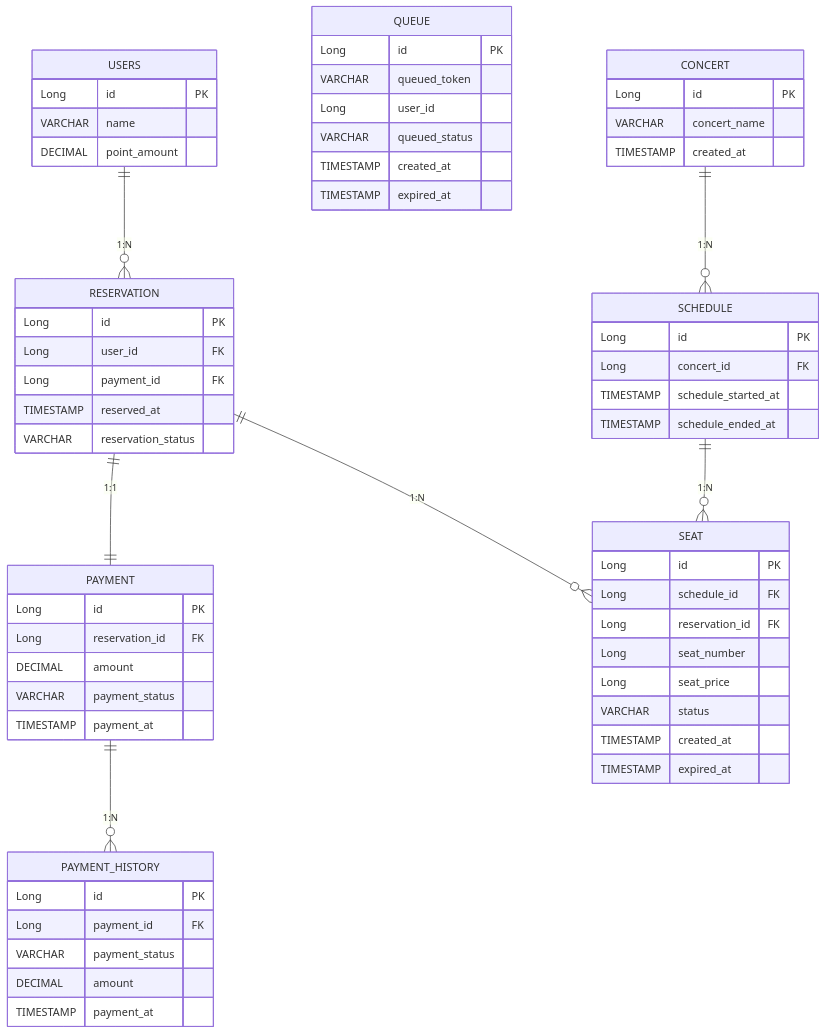
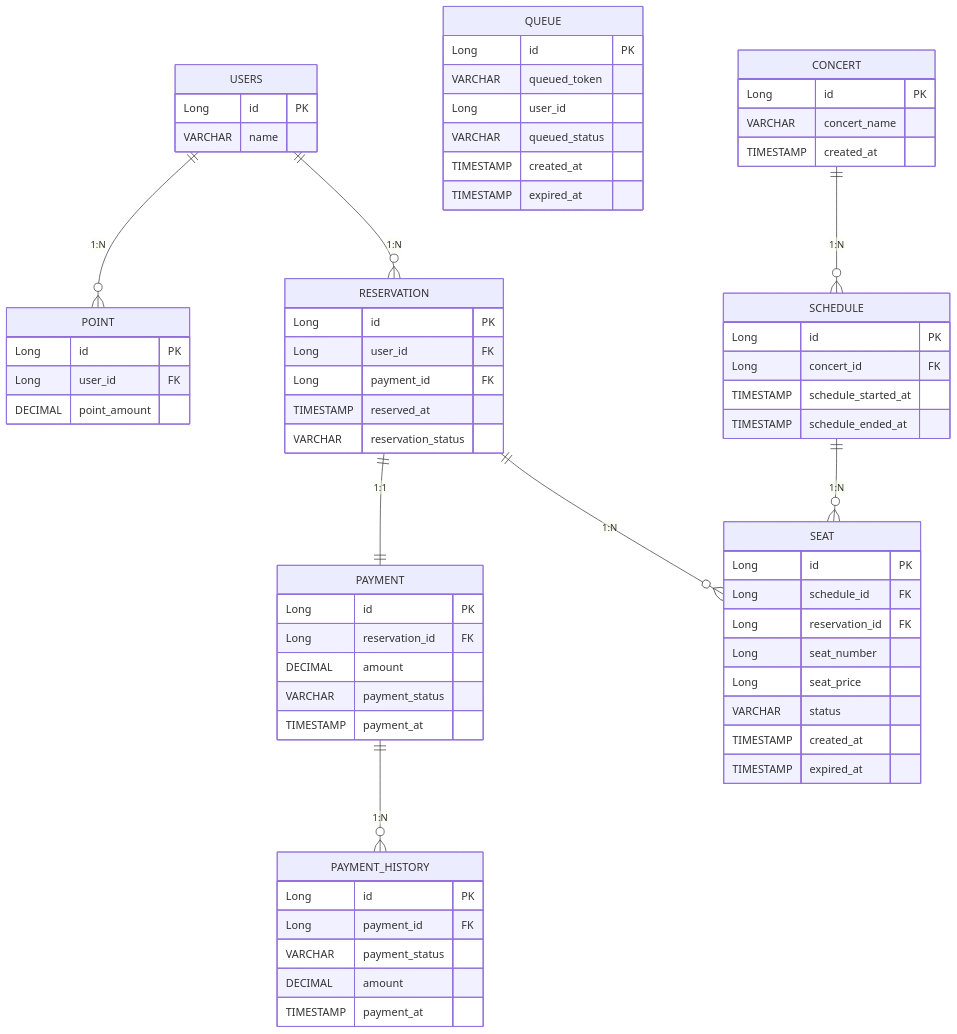
Before and after one commit to hyojin202406/hanghae-concert: the diagram in docs/ERD.md, drawn with Mermaid. The commit also changed 6 other files, not shown here.

````diff
--- a/docs/ERD.md
+++ b/docs/ERD.md
@@ -5,74 +5,80 @@
 ```mermaid
 erDiagram
     USERS {
         Long id PK
         VARCHAR name
+    }
+    
+    POINT {
+        Long id PK
+        Long user_id FK
         DECIMAL point_amount
     }
-
+    
     QUEUE {
         Long id PK
         VARCHAR queued_token
         Long user_id
         VARCHAR queued_status
         TIMESTAMP created_at
         TIMESTAMP expired_at
     }
 
     RESERVATION {
         Long id PK
         Long user_id FK
         Long payment_id FK
         TIMESTAMP reserved_at
         VARCHAR reservation_status
     }
 
     PAYMENT {
         Long id PK
         Long reservation_id FK
         DECIMAL amount
         VARCHAR payment_status
         TIMESTAMP payment_at
     }
     
     PAYMENT_HISTORY {
         Long id PK
         Long payment_id FK
         VARCHAR payment_status
         DECIMAL amount
         TIMESTAMP payment_at
     }
     
     CONCERT {
         Long id PK
         VARCHAR concert_name
         TIMESTAMP created_at
     }
 
     SCHEDULE {
         Long id PK
         Long concert_id FK
         TIMESTAMP schedule_started_at
         TIMESTAMP schedule_ended_at
     }
     
     SEAT {
         Long id PK
         Long schedule_id FK
         Long reservation_id FK
         Long seat_number
         Long seat_price
         VARCHAR status
         TIMESTAMP created_at
         TIMESTAMP expired_at
     }
 
     %% Relationships
     USERS ||--o{ RESERVATION : "1:N"
+    USERS ||--o{ POINT : "1:N"
     RESERVATION ||--|| PAYMENT : "1:1"
     PAYMENT ||--o{ PAYMENT_HISTORY : "1:N"
     RESERVATION ||--o{ SEAT : "1:N"
     CONCERT ||--o{ SCHEDULE : "1:N"
     SCHEDULE ||--o{ SEAT : "1:N"
 
 ```
````
